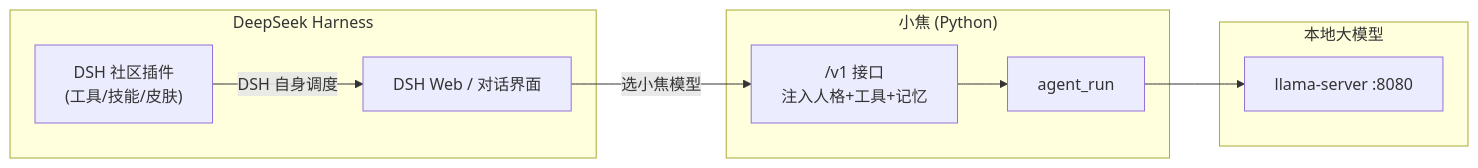
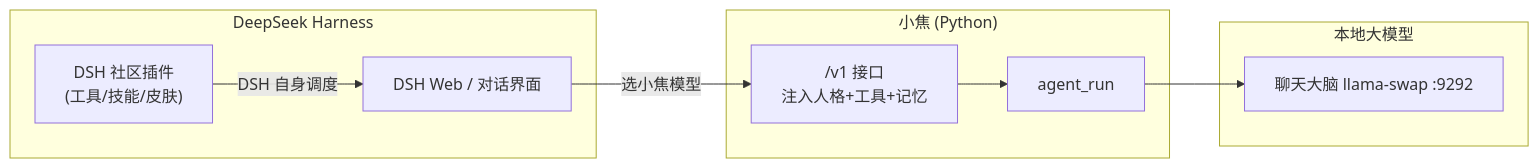
The diagram in docs/dsh-integration.md (jiangchuangege/xiaojiao-harness), drawn with Mermaid before and after one commit. The commit also changed other lines of this file and 6 other files, not shown here.

````diff
--- a/docs/dsh-integration.md
+++ b/docs/dsh-integration.md
@@ -9,17 +9,17 @@
 ```mermaid
 flowchart LR
     subgraph DSH["DeepSeek Harness"]
         UI["DSH Web / 对话界面"]
         PLUG["DSH 社区插件<br/>(工具/技能/皮肤)"]
     end
     subgraph XJ["小焦 (Python)"]
         V1["/v1 接口<br/>注入人格+工具+记忆"]
         AG["agent_run"]
     end
     subgraph BRAIN["本地大模型"]
-        B["llama-server :8080"]
+        B["聊天大脑 llama-swap :9292"]
     end
     UI -->|选小焦模型| V1
     PLUG -->|DSH 自身调度| UI
     V1 --> AG --> B
 ```
````
